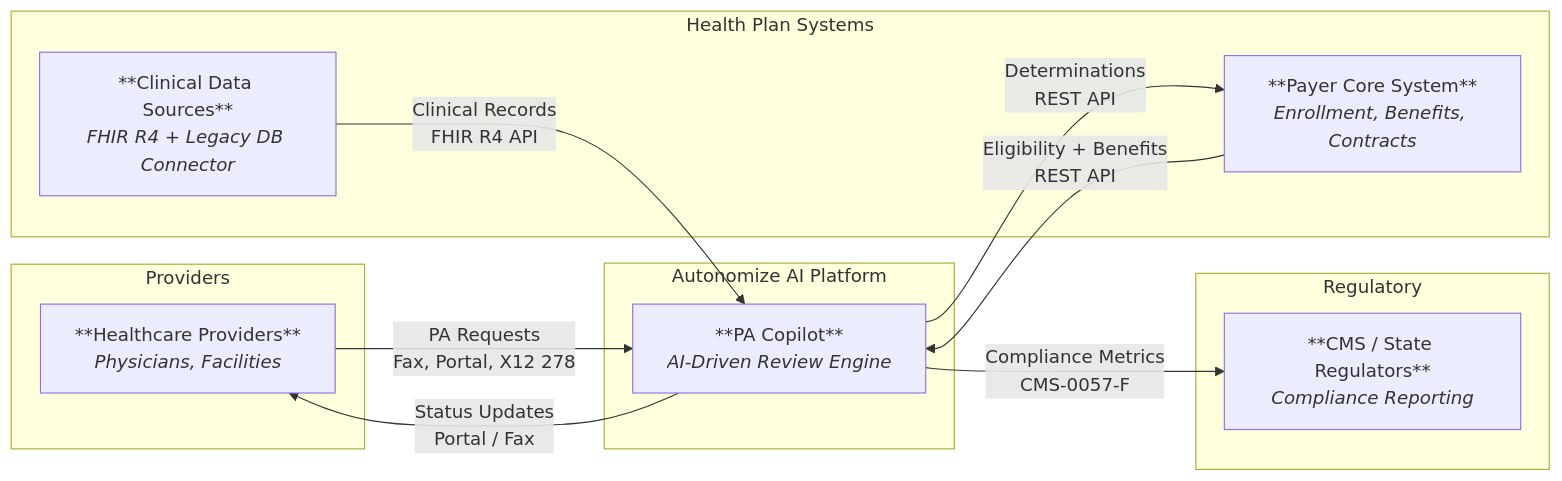
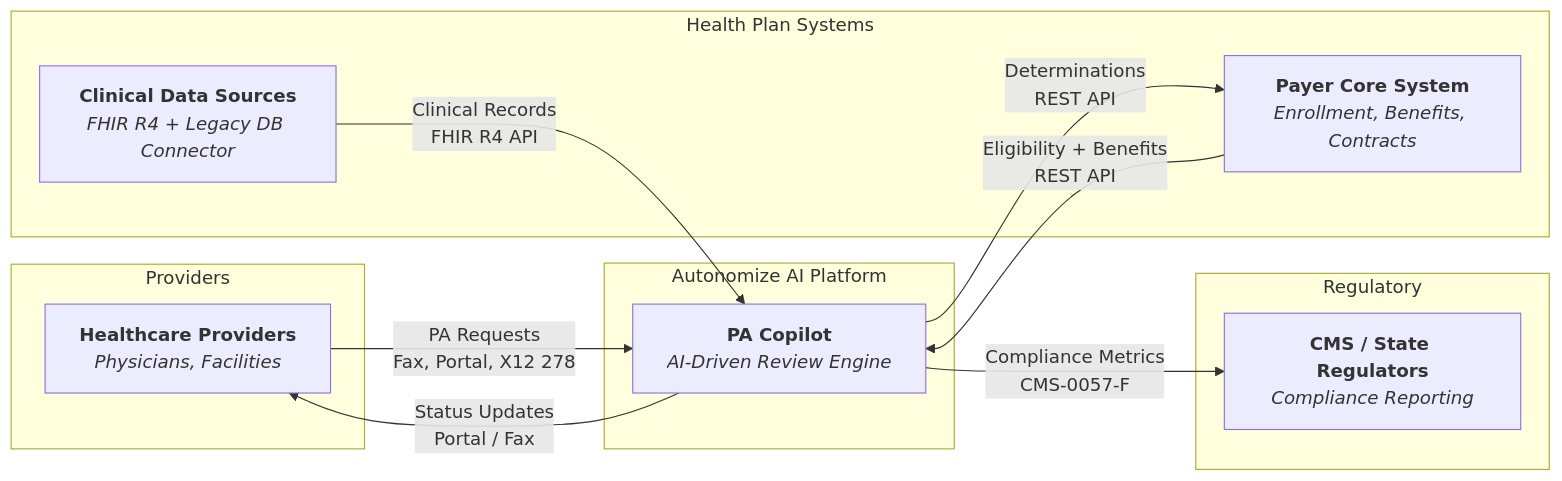
Before and after one commit to praeducer/autonomize-healthcare-ai-demo: the third of 4 diagrams in docs/presentation/presentation.md, drawn with Mermaid. The commit also changed other lines of this file and 4 other files, not shown here.

First line of the commit message:
docs: restructure presentation to 10 slides, fix diagram formatting

````diff
--- a/docs/presentation/presentation.md
+++ b/docs/presentation/presentation.md
@@ -141,26 +173,37 @@
 ```mermaid
 flowchart LR
     subgraph "Providers"
-        PROV["**Healthcare Providers**<br/><i>Physicians, Facilities</i>"]
+        PROV["`**Healthcare Providers**
+*Physicians, Facilities*`"]
     end
 
     subgraph "Health Plan Systems"
-        CORE["**Payer Core System**<br/><i>Enrollment, Benefits, Contracts</i>"]
-        CLIN["**Clinical Data Sources**<br/><i>FHIR R4 + Legacy DB Connector</i>"]
+        CORE["`**Payer Core System**
+*Enrollment, Benefits, Contracts*`"]
+        CLIN["`**Clinical Data Sources**
+*FHIR R4 + Legacy DB Connector*`"]
     end
 
     subgraph "Autonomize AI Platform"
-        PA_COPILOT["**PA Copilot**<br/><i>AI-Driven Review Engine</i>"]
+        PA_COPILOT["`**PA Copilot**
+*AI-Driven Review Engine*`"]
     end
 
     subgraph "Regulatory"
-        CMS["**CMS / State Regulators**<br/><i>Compliance Reporting</i>"]
+        CMS["`**CMS / State Regulators**
+*Compliance Reporting*`"]
     end
 
-    PROV -->|"PA Requests<br/>Fax, Portal, X12 278"| PA_COPILOT
-    CORE -->|"Eligibility + Benefits<br/>REST API"| PA_COPILOT
-    CLIN -->|"Clinical Records<br/>FHIR R4 API"| PA_COPILOT
-    PA_COPILOT -->|"Determinations<br/>REST API"| CORE
-    PA_COPILOT -->|"Compliance Metrics<br/>CMS-0057-F"| CMS
-    PA_COPILOT -->|"Status Updates<br/>Portal / Fax"| PROV
+    PROV -->|"PA Requests
+Fax, Portal, X12 278"| PA_COPILOT
+    CORE -->|"Eligibility + Benefits
+REST API"| PA_COPILOT
+    CLIN -->|"Clinical Records
+FHIR R4 API"| PA_COPILOT
+    PA_COPILOT -->|"Determinations
+REST API"| CORE
+    PA_COPILOT -->|"Compliance Metrics
+CMS-0057-F"| CMS
+    PA_COPILOT -->|"Status Updates
+Portal / Fax"| PROV
 ```
````
